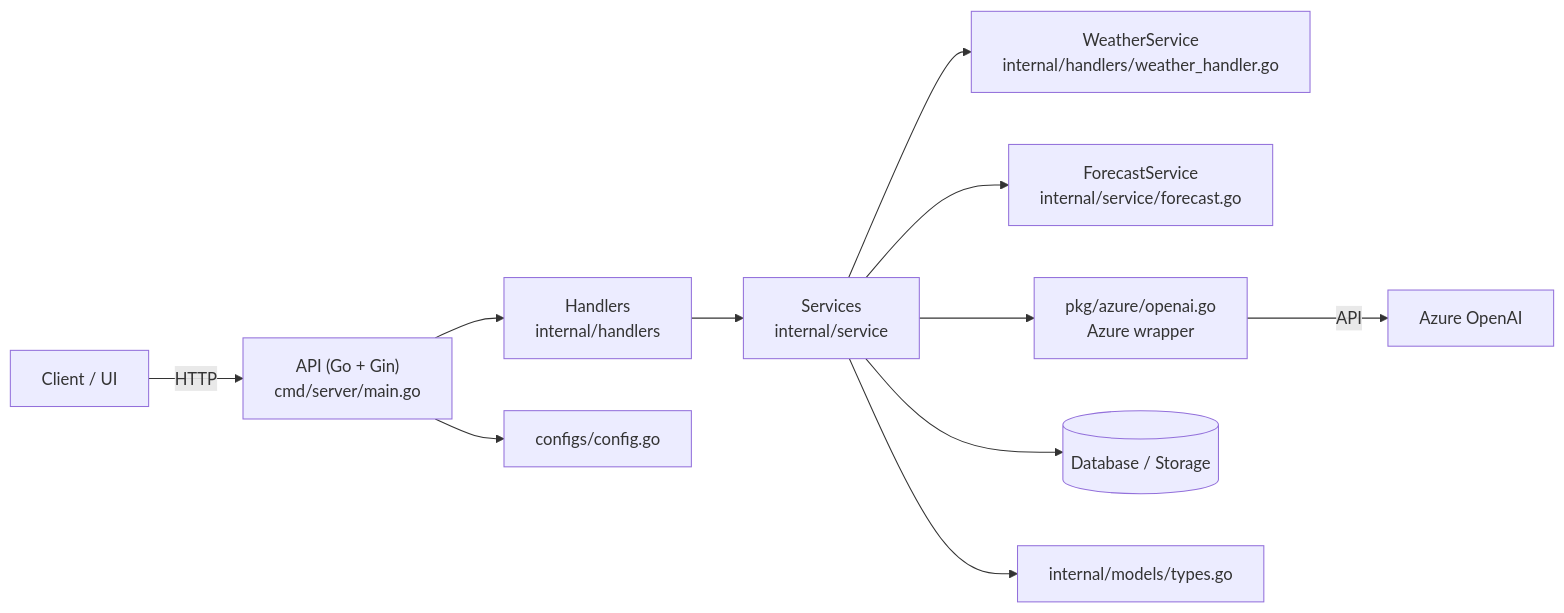
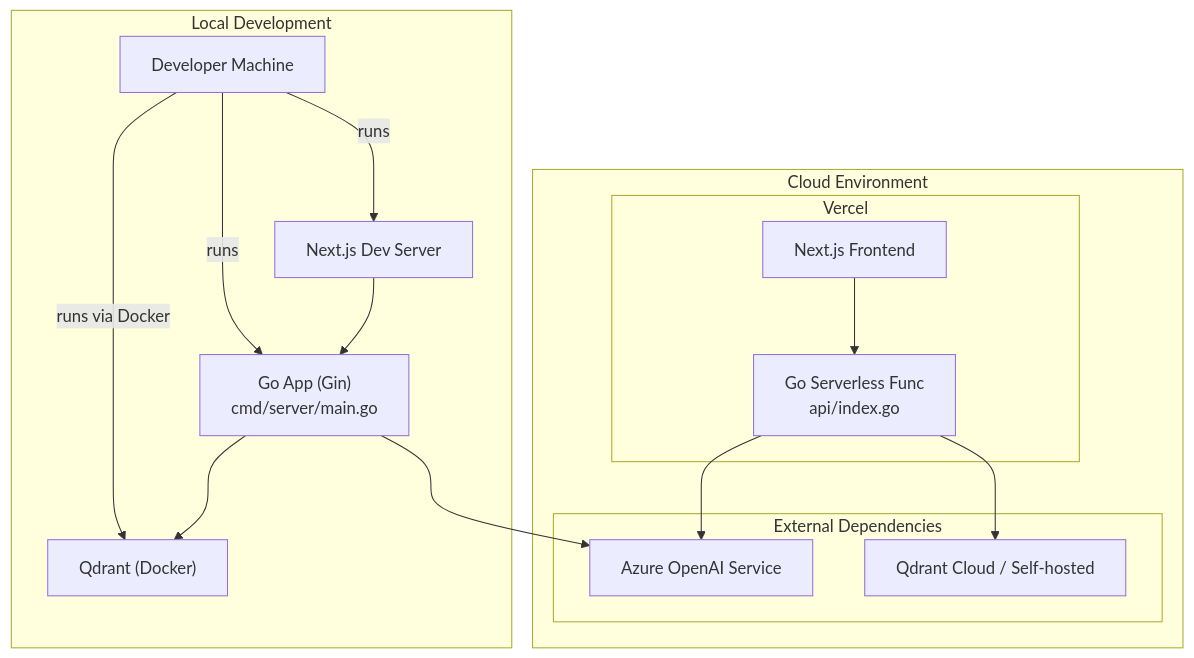
Before and after one commit to KairiGit/hunt-chat-api: the fourth of 4 diagrams in UML.md, drawn with Mermaid. The commit also changed other lines of this file and 1 other file, not shown here.

````diff
--- a/UML.md
+++ b/UML.md
@@ -91,24 +115,28 @@
 ```mermaid
-graph LR
-  Client["Client / UI"]
-  Gin["API (Go + Gin)<br/>cmd/server/main.go"]
-  Handlers["Handlers<br/>internal/handlers"]
-  Services["Services<br/>internal/service"]
-  WeatherSvc["WeatherService<br/>internal/handlers/weather_handler.go"]
-  ForecastSvc["ForecastService<br/>internal/service/forecast.go"]
-  AzureClient["pkg/azure/openai.go<br/>Azure wrapper"]
-  DB[("Database / Storage")]
-  Config["configs/config.go"]
-  Models["internal/models/types.go"]
+graph TD
+  subgraph "Local Development"
+    DevMachine["Developer Machine"]
+    DevMachine -->|runs| GoApp["Go App (Gin)<br/>cmd/server/main.go"]
+    DevMachine -->|runs| WebUI["Next.js Dev Server"]
+    DevMachine -->|runs via Docker| QdrantLocal["Qdrant (Docker)"]
+  end
 
-  Client -->|HTTP| Gin
-  Gin --> Handlers
-  Handlers --> Services
-  Services --> ForecastSvc
-  Services --> WeatherSvc
-  Services --> AzureClient
-  AzureClient -->|API| Azure["Azure OpenAI"]
-  Services --> DB
-  Gin --> Config
-  Services --> Models
+  subgraph "Cloud Environment"
+    subgraph Vercel
+        NextApp["Next.js Frontend"]
+        GoServerless["Go Serverless Func<br/>api/index.go"]
+    end
+    subgraph "External Dependencies"
+        AzureOpenAI["Azure OpenAI Service"]
+        QdrantCloud["Qdrant Cloud / Self-hosted"]
+    end
+  end
+
+  GoApp --> QdrantLocal
+  GoApp --> AzureOpenAI
+  WebUI --> GoApp
+
+  NextApp --> GoServerless
+  GoServerless --> QdrantCloud
+  GoServerless --> AzureOpenAI
 ```
````
